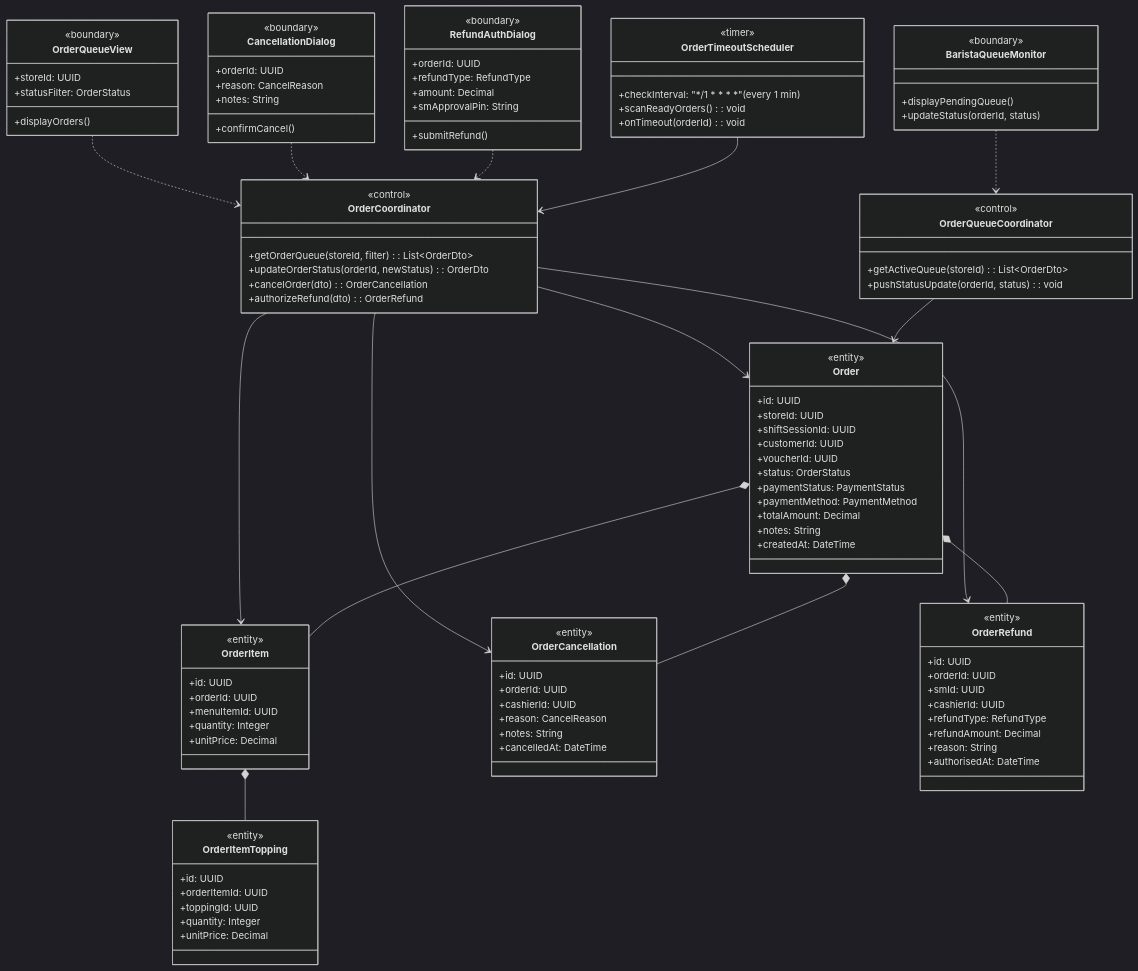
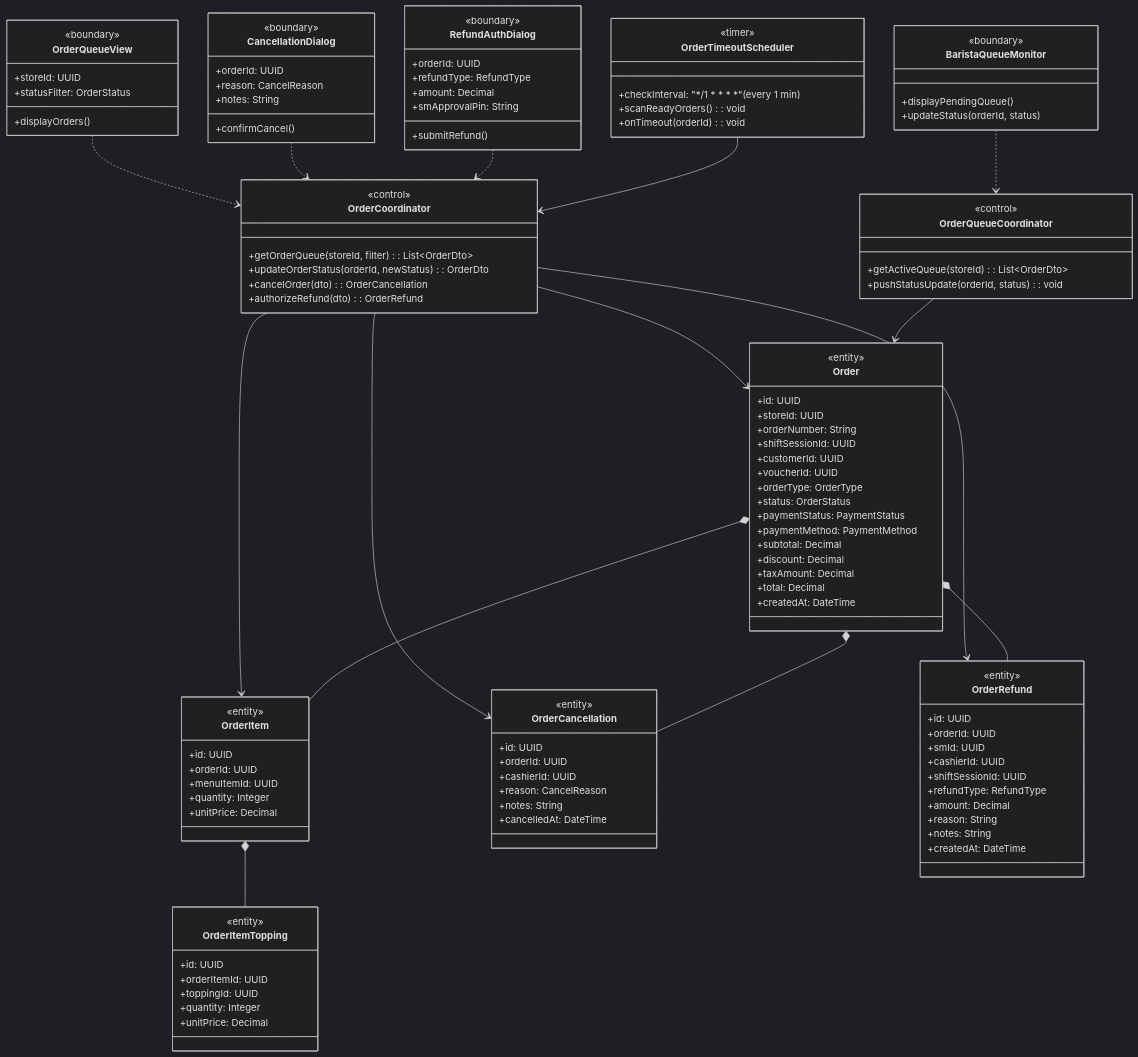
One commit to Shaichi/Khoga_coffe_shop changed the first of 5 diagrams in rds_sections/11_detailed_3_8_order_management.md. Above: the diagram before and after it, drawn with Mermaid (dark theme). The commit also changed other lines of this file and 15 other files, not shown here.

```diff
--- a/rds_sections/11_detailed_3_8_order_management.md
+++ b/rds_sections/11_detailed_3_8_order_management.md
@@ -56,14 +56,18 @@
         <<entity>>
         +id: UUID
         +storeId: UUID
+        +orderNumber: String
         +shiftSessionId: UUID
         +customerId: UUID
         +voucherId: UUID
+        +orderType: OrderType
         +status: OrderStatus
         +paymentStatus: PaymentStatus
         +paymentMethod: PaymentMethod
-        +totalAmount: Decimal
-        +notes: String
+        +subtotal: Decimal
+        +discount: Decimal
+        +taxAmount: Decimal
+        +total: Decimal
         +createdAt: DateTime
     }
     class OrderItem {
@@ -97,10 +101,12 @@
         +orderId: UUID
         +smId: UUID
         +cashierId: UUID
+        +shiftSessionId: UUID
         +refundType: RefundType
-        +refundAmount: Decimal
+        +amount: Decimal
         +reason: String
-        +authorisedAt: DateTime
+        +notes: String
+        +createdAt: DateTime
     }
 
     OrderQueueView ..> OrderCoordinator
```
